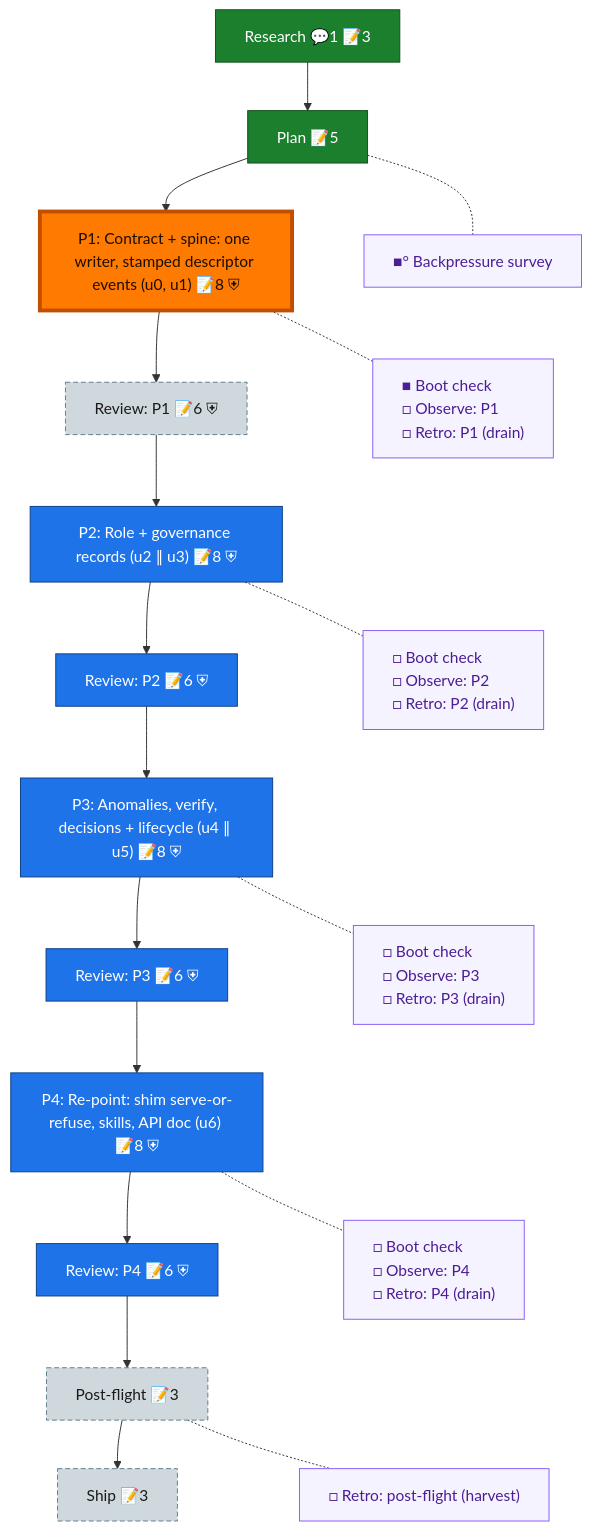
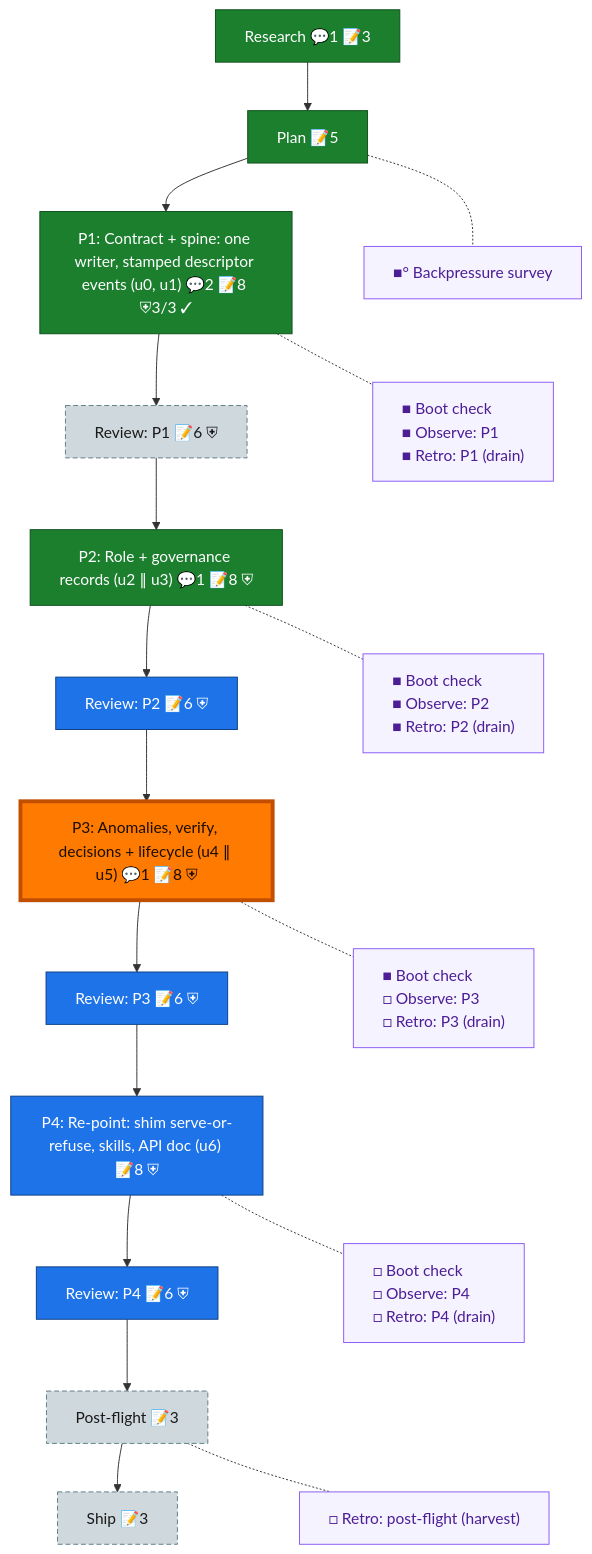
Before and after one commit to vaughanknight/pij: the diagram in docs/plans/139-rs-governance-port/the-flow.md, drawn with Mermaid. The commit also changed other lines of this file and 79 other files, not shown here.

Commit message:
feat(139): compose decisions anomalies and conservative lifecycle

````diff
--- a/docs/plans/139-rs-governance-port/the-flow.md
+++ b/docs/plans/139-rs-governance-port/the-flow.md
@@ -8,43 +8,43 @@
 ```mermaid
 flowchart TD
     research["Research 💬1 📝3"]:::done
     plan["Plan 📝5"]:::done
-    phase_1["P1: Contract + spine: one writer, stamped descriptor events (u0, u1) 📝8 ⛨"]:::wip
+    phase_1["P1: Contract + spine: one writer, stamped descriptor events (u0, u1) 💬2 📝8 ⛨3/3 ✓"]:::done
     review_1["Review: P1 📝6 ⛨"]:::assumed
-    phase_2["P2: Role + governance records (u2 ∥ u3) 📝8 ⛨"]:::known
+    phase_2["P2: Role + governance records (u2 ∥ u3) 💬1 📝8 ⛨"]:::done
     review_2["Review: P2 📝6 ⛨"]:::known
-    phase_3["P3: Anomalies, verify, decisions + lifecycle (u4 ∥ u5) 📝8 ⛨"]:::known
+    phase_3["P3: Anomalies, verify, decisions + lifecycle (u4 ∥ u5) 💬1 📝8 ⛨"]:::wip
     review_3["Review: P3 📝6 ⛨"]:::known
     phase_4["P4: Re-point: shim serve-or-refuse, skills, API doc (u6) 📝8 ⛨"]:::known
     review_4["Review: P4 📝6 ⛨"]:::known
     post_flight["Post-flight 📝3"]:::assumed
     ship["Ship 📝3"]:::assumed
 
     research --> plan --> phase_1 --> review_1 --> phase_2 --> review_2 --> phase_3 --> review_3 --> phase_4 --> review_4 --> post_flight --> ship
 
     planC["■° Backpressure survey"]:::chore
-    phase_1C["■ Boot check<br/>□ Observe: P1<br/>□ Retro: P1 (drain)"]:::chore
-    phase_2C["□ Boot check<br/>□ Observe: P2<br/>□ Retro: P2 (drain)"]:::chore
-    phase_3C["□ Boot check<br/>□ Observe: P3<br/>□ Retro: P3 (drain)"]:::chore
+    phase_1C["■ Boot check<br/>■ Observe: P1<br/>■ Retro: P1 (drain)"]:::chore
+    phase_2C["■ Boot check<br/>■ Observe: P2<br/>■ Retro: P2 (drain)"]:::chore
+    phase_3C["■ Boot check<br/>□ Observe: P3<br/>□ Retro: P3 (drain)"]:::chore
     phase_4C["□ Boot check<br/>□ Observe: P4<br/>□ Retro: P4 (drain)"]:::chore
     post_flightC["□ Retro: post-flight (harvest)"]:::chore
 
     %% invisible chain holds the gutter boxes in their own column
     planC ~~~ phase_1C ~~~ phase_2C ~~~ phase_3C ~~~ phase_4C ~~~ post_flightC
 
     %% dotted links pull each gutter box beside its node
     plan -.- planC
     phase_1 -.- phase_1C
     phase_2 -.- phase_2C
     phase_3 -.- phase_3C
     phase_4 -.- phase_4C
     post_flight -.- post_flightC
 
     classDef done fill:#1B7F2E,stroke:#0F4F1B,color:#fff;
     classDef wip fill:#43C04A,stroke:#1B7F2E,color:#04210A;
     classDef known fill:#1E73E8,stroke:#0D3F86,color:#fff;
     classDef assumed fill:#CFD8DC,stroke:#607D8B,color:#1a1a1a,stroke-dasharray:5 3;
     classDef chore fill:#f5f3ff,stroke:#8b5cf6,color:#4c1d95,text-align:left;
     classDef current fill:#FF7A00,stroke:#C24E00,color:#1a0e00,stroke-width:4px;
-    class phase_1 current;
+    class phase_3 current;
 ```
````
